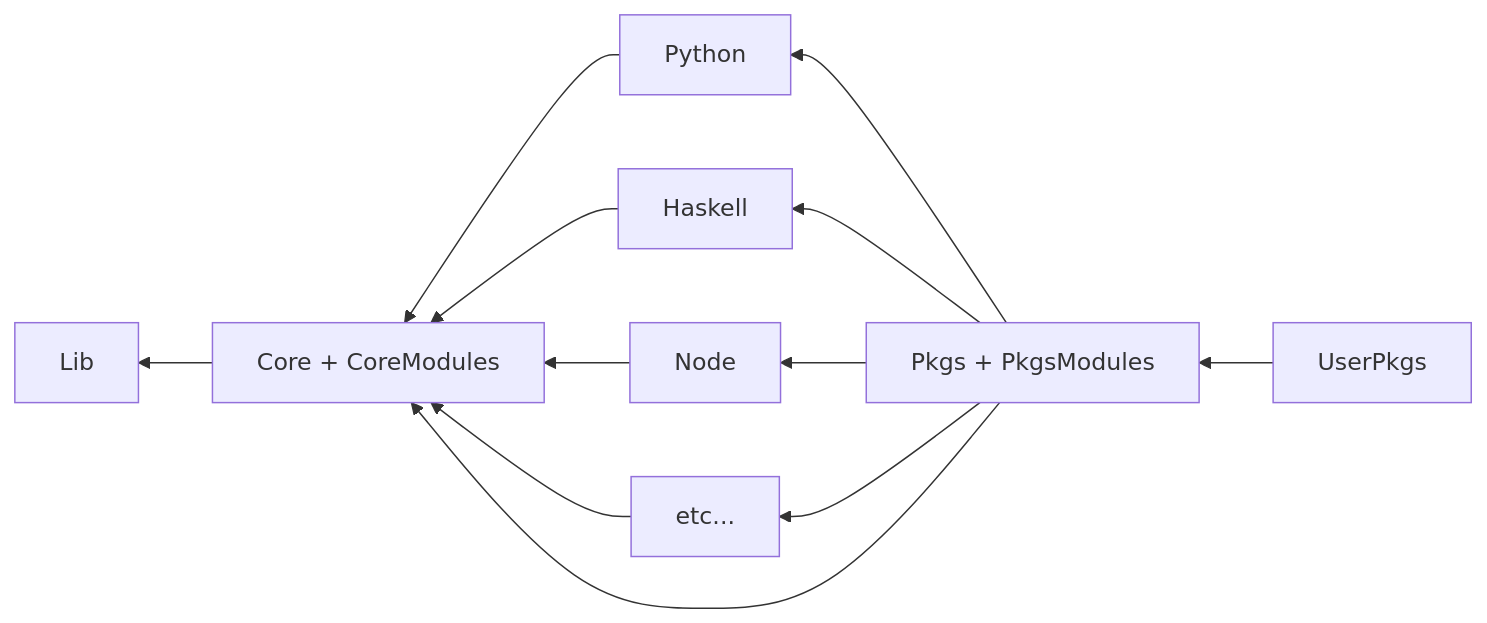
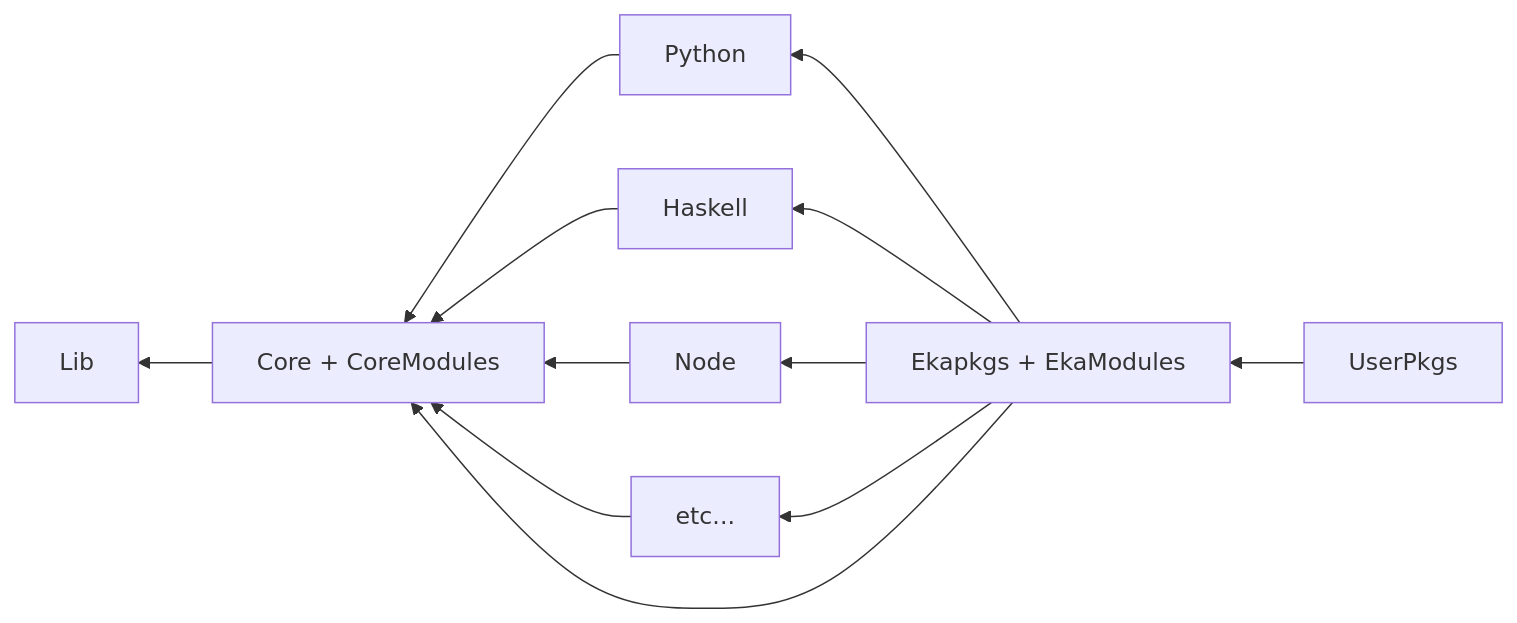
The diagram in README.md (ekala-project/ekapkgs-roadmap), drawn with Mermaid before and after one commit.

Commit message:
Update for eka terms

````diff
--- a/README.md
+++ b/README.md
@@ -32,16 +32,16 @@
 ```mermaid
 flowchart RL
-    ekapkgs["Pkgs + PkgsModules"]
+    ekapkgs["Ekapkgs + EkaModules"]
     Core["Core + CoreModules"]
     Core --> Lib
     Python --> Core
     Haskell --> Core
     Node --> Core
     etc... --> Core
     ekapkgs --> Core
     ekapkgs --> Python
     ekapkgs --> Haskell
     ekapkgs --> Node
     ekapkgs --> etc...
     UserPkgs --> ekapkgs
 ```
````
